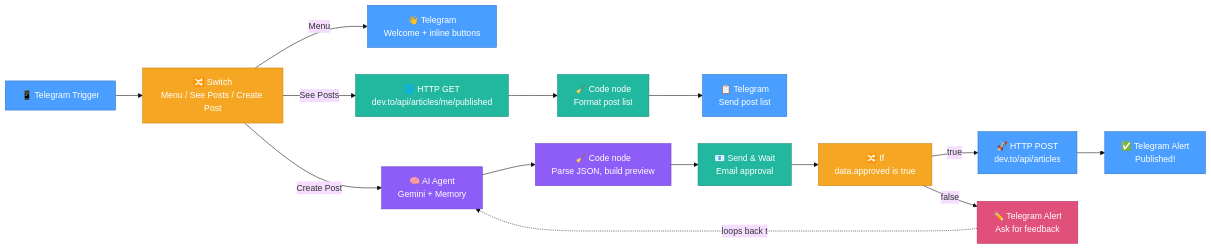
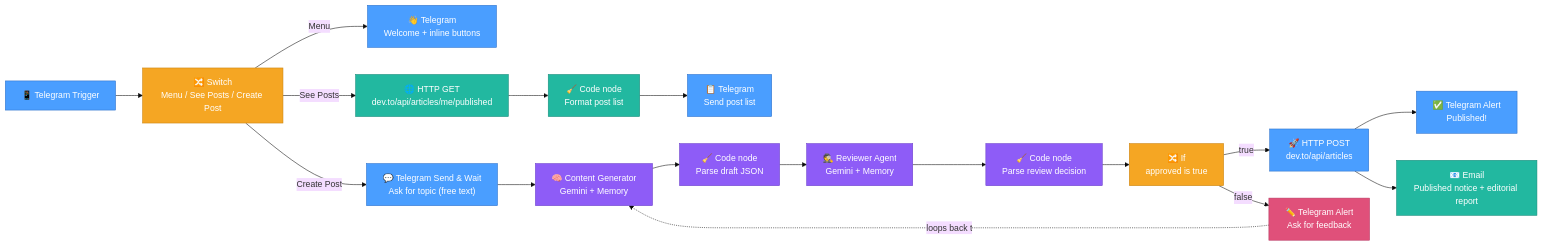
The diagram in README.md (Naveen-Raj6/dev.to-blog-agent-), drawn with Mermaid (base theme) before and after one commit. The commit also changed other lines of this file, not shown here.

First line of the commit message:
feat: evolve blog publishing workflow from human approval to multi-agent AI review

````diff
--- a/README.md
+++ b/README.md
@@ -43,30 +53,36 @@
 ```mermaid
 flowchart LR
     A["📱 Telegram Trigger"] --> S["🔀 Switch<br/>Menu / See Posts / Create Post"]
     S -->|Menu| M["👋 Telegram<br/>Welcome + inline buttons"]
     S -->|See Posts| P1["🌐 HTTP GET<br/>dev.to/api/articles/me/published"]
     P1 --> P2["🧹 Code node<br/>Format post list"]
     P2 --> P3["📋 Telegram<br/>Send post list"]
-    S -->|Create Post| B["🧠 AI Agent<br/>Gemini + Memory"]
-    B --> C["🧹 Code node<br/>Parse JSON, build preview"]
-    C --> D["📧 Send & Wait<br/>Email approval"]
-    D --> E["🔀 If<br/>data.approved is true"]
+    S -->|Create Post| T["💬 Telegram Send & Wait<br/>Ask for topic (free text)"]
+    T --> B["🧠 Content Generator<br/>Gemini + Memory"]
+    B --> C["🧹 Code node<br/>Parse draft JSON"]
+    C --> R["🕵️ Reviewer Agent<br/>Gemini + Memory"]
+    R --> C2["🧹 Code node<br/>Parse review decision"]
+    C2 --> E["🔀 If<br/>approved is true"]
     E -->|true| F["🚀 HTTP POST<br/>dev.to/api/articles"]
     E -->|false| G["✏️ Telegram Alert<br/>Ask for feedback"]
     F --> H["✅ Telegram Alert<br/>Published!"]
+    F --> N["📧 Email<br/>Published notice + editorial report"]
     G -.loops back to.-> B
 
     style A fill:#4a9eff,stroke:#2b6fc9,color:#fff
     style S fill:#f5a623,stroke:#c9820f,color:#fff
     style M fill:#4a9eff,stroke:#2b6fc9,color:#fff
     style P1 fill:#22b8a0,stroke:#178a78,color:#fff
     style P2 fill:#22b8a0,stroke:#178a78,color:#fff
     style P3 fill:#4a9eff,stroke:#2b6fc9,color:#fff
+    style T fill:#4a9eff,stroke:#2b6fc9,color:#fff
     style B fill:#8e5cf7,stroke:#6a3fc9,color:#fff
     style C fill:#8e5cf7,stroke:#6a3fc9,color:#fff
-    style D fill:#22b8a0,stroke:#178a78,color:#fff
+    style R fill:#8e5cf7,stroke:#6a3fc9,color:#fff
+    style C2 fill:#8e5cf7,stroke:#6a3fc9,color:#fff
     style E fill:#f5a623,stroke:#c9820f,color:#fff
     style F fill:#4a9eff,stroke:#2b6fc9,color:#fff
     style G fill:#e0507a,stroke:#b53661,color:#fff
     style H fill:#4a9eff,stroke:#2b6fc9,color:#fff
+    style N fill:#22b8a0,stroke:#178a78,color:#fff
 ```
````
